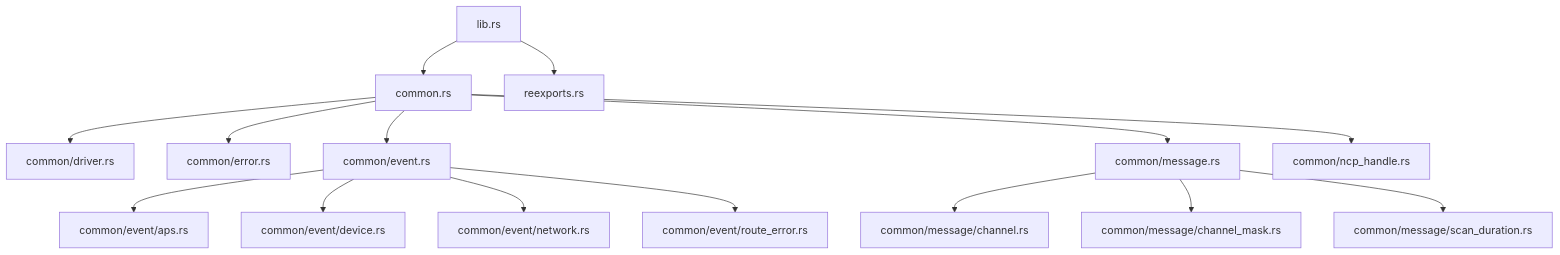
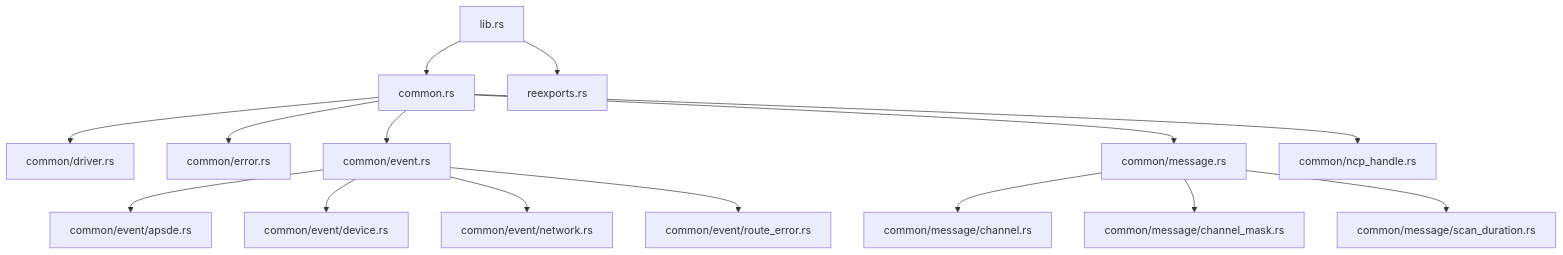
The third of 3 diagrams in hw/ARCHITECTURE.md (PaulmannLighting/apis-saltans), drawn with Mermaid before and after one commit. The commit also changed other lines of this file and 57 other files, not shown here.

````diff
--- a/hw/ARCHITECTURE.md
+++ b/hw/ARCHITECTURE.md
@@ -92,17 +93,17 @@
 ```mermaid
 flowchart TD
     L[lib.rs] --> C[common.rs]
     L --> R[reexports.rs]
     C --> D[common/driver.rs]
     C --> E[common/error.rs]
     C --> V[common/event.rs]
     C --> M[common/message.rs]
     C --> H[common/ncp_handle.rs]
     M --> CH[common/message/channel.rs]
     M --> CM[common/message/channel_mask.rs]
     M --> SD[common/message/scan_duration.rs]
-    V --> AV[common/event/aps.rs]
+    V --> AV[common/event/apsde.rs]
     V --> DV[common/event/device.rs]
     V --> NV[common/event/network.rs]
     V --> RV[common/event/route_error.rs]
 ```
````
